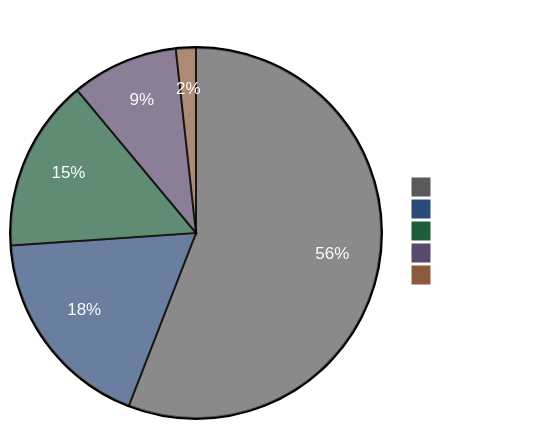
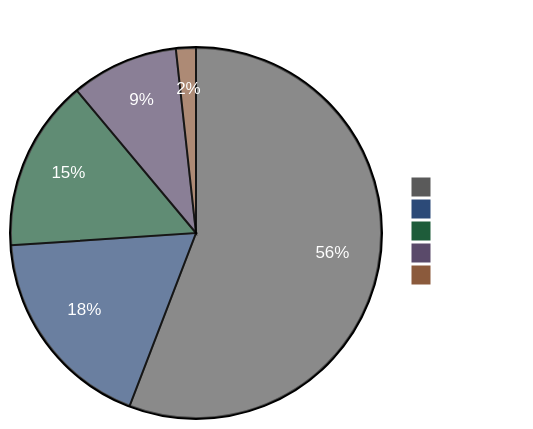
The diagram in README.md (ccmeteorljh/reco-arxiv-daily), drawn with Mermaid before and after one commit. The commit also changed other lines of this file and 7 other files, not shown here.

````diff
--- a/README.md
+++ b/README.md
@@ -6,19 +6,19 @@
 ```mermaid
 %%{init: {'theme':'base', 'themeVariables': {
   'pie1':'#5a5a5a',
   'pie2':'#2c4a78',
   'pie3':'#1e5c3a',
   'pie4':'#5a4a6a',
   'pie5':'#8b5a3c',
   'pieTitleTextColor':'#ffffff',
   'pieSectionTextColor':'#ffffff',
   'pieLegendTextColor':'#ffffff'
 }}}%%
 pie showData
 title Paper Distribution by Tag
-  "Other" : 673
-  "LLM" : 217
+  "Other" : 675
+  "LLM" : 219
   "GR" : 181
-  "Seq" : 112
+  "Seq" : 113
   "Scaling" : 21
 ```
````
